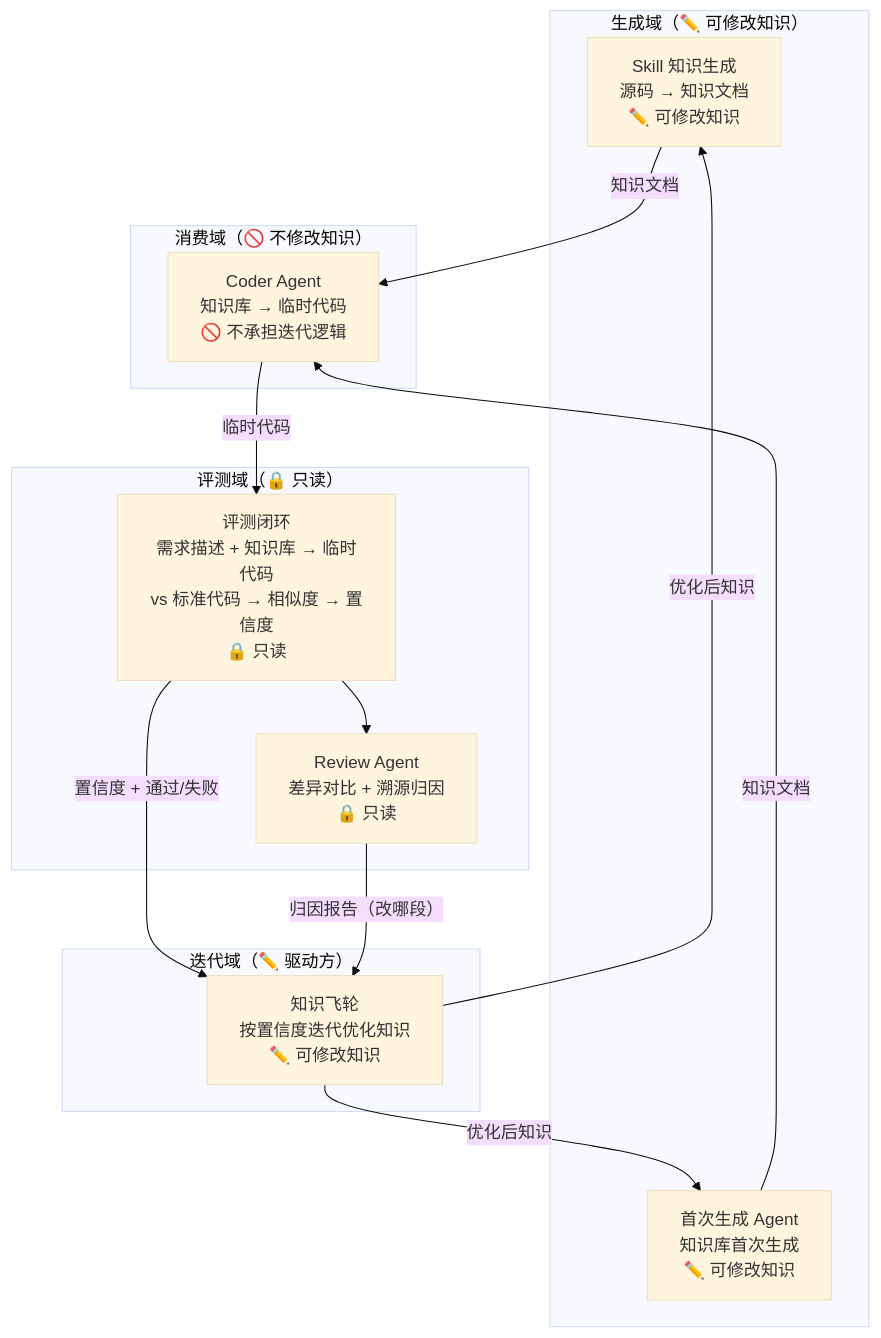
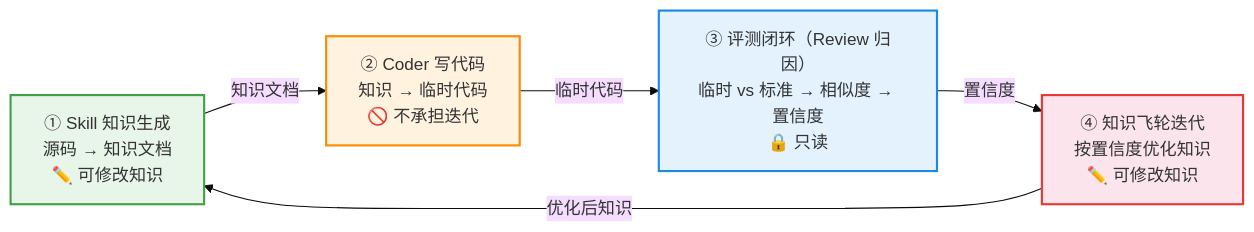
The first of 2 diagrams in wiki/docs/flywheel.md (linlisWorkTeam/wpKnowledge), drawn with Mermaid (base theme) before and after one commit.

Commit message:
docs(wiki): sync from note repo (2026-08-20_18:24)

````diff
--- a/wiki/docs/flywheel.md
+++ b/wiki/docs/flywheel.md
@@ -69,29 +69,17 @@
 ```mermaid
-flowchart TB
-    subgraph GEN["生成域（✏️ 可修改知识）"]
-        SK["Skill 知识生成<br/>源码 → 知识文档<br/>✏️ 可修改知识"]
-        FG["首次生成 Agent<br/>知识库首次生成<br/>✏️ 可修改知识"]
-    end
+flowchart LR
+    classDef gen fill:#e8f5e9,stroke:#43a047,stroke-width:2px;
+    classDef cod fill:#fff3e0,stroke:#fb8c00,stroke-width:2px;
+    classDef evl fill:#e3f2fd,stroke:#1e88e5,stroke-width:2px;
+    classDef itr fill:#fce4ec,stroke:#e53935,stroke-width:2px;
 
-    subgraph COD["消费域（🚫 不修改知识）"]
-        CD["Coder Agent<br/>知识库 → 临时代码<br/>🚫 不承担迭代逻辑"]
-    end
+    SK["① Skill 知识生成<br/>源码 → 知识文档<br/>✏️ 可修改知识"]:::gen
+    CD["② Coder 写代码<br/>知识 → 临时代码<br/>🚫 不承担迭代"]:::cod
+    EV["③ 评测闭环（Review 归因）<br/>临时 vs 标准 → 相似度 → 置信度<br/>🔒 只读"]:::evl
+    FW["④ 知识飞轮迭代<br/>按置信度优化知识<br/>✏️ 可修改知识"]:::itr
 
-    subgraph EVL["评测域（🔒 只读）"]
-        EV["评测闭环<br/>需求描述 + 知识库 → 临时代码<br/>vs 标准代码 → 相似度 → 置信度<br/>🔒 只读"]
-        RV["Review Agent<br/>差异对比 + 溯源归因<br/>🔒 只读"]
-    end
-
-    subgraph ITR["迭代域（✏️ 驱动方）"]
-        FW["知识飞轮<br/>按置信度迭代优化知识<br/>✏️ 可修改知识"]
-    end
-
-    SK -->|"知识文档"| CD
-    FG -->|"知识文档"| CD
-    CD -->|"临时代码"| EV
-    EV -->|"置信度 + 通过/失败"| FW
-    EV --> RV
-    RV -->|"归因报告（改哪段）"| FW
-    FW -->|"优化后知识"| SK
-    FW -->|"优化后知识"| FG
+    SK -->|知识文档| CD
+    CD -->|临时代码| EV
+    EV -->|置信度| FW
+    FW -->|优化后知识| SK
 ```
````
